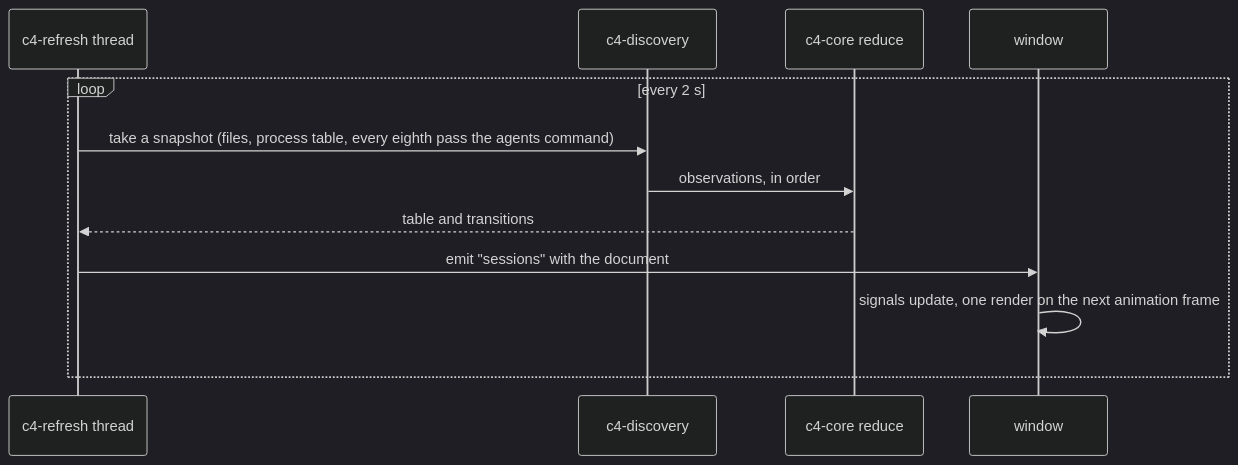
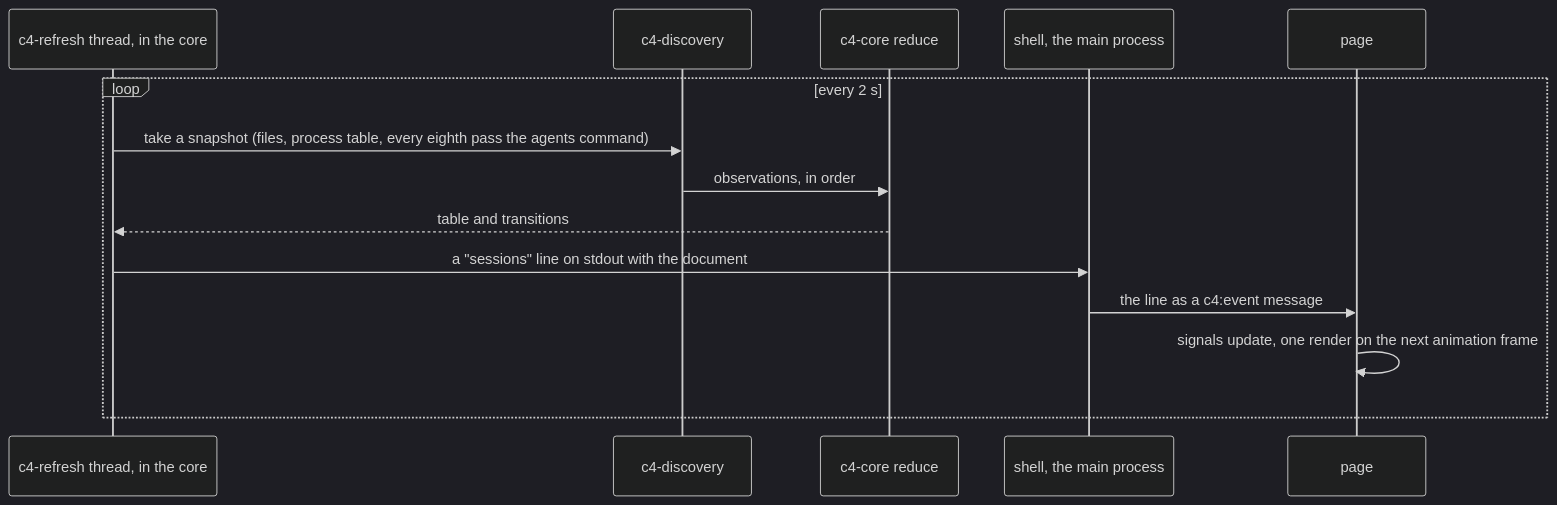
One commit to watchthelight/C4 changed the second of 4 diagrams in docs/ARCHITECTURE.md. Above: the diagram before and after it, drawn with Mermaid (dark theme). The commit also changed other lines of this file and 6 other files, not shown here.

First line of the commit message:
docs: the architecture and the plan say electron

````diff
--- a/docs/ARCHITECTURE.md
+++ b/docs/ARCHITECTURE.md
@@ -144,14 +180,16 @@
 ```mermaid
 sequenceDiagram
-    participant T as c4-refresh thread
+    participant T as c4-refresh thread, in the core
     participant D as c4-discovery
     participant C as c4-core reduce
-    participant W as window
+    participant S as shell, the main process
+    participant W as page
     loop every 2 s
         T->>D: take a snapshot (files, process table, every eighth pass the agents command)
         D->>C: observations, in order
         C-->>T: table and transitions
-        T->>W: emit "sessions" with the document
+        T->>S: a "sessions" line on stdout with the document
+        S->>W: the line as a c4:event message
         W->>W: signals update, one render on the next animation frame
     end
 ```
````
